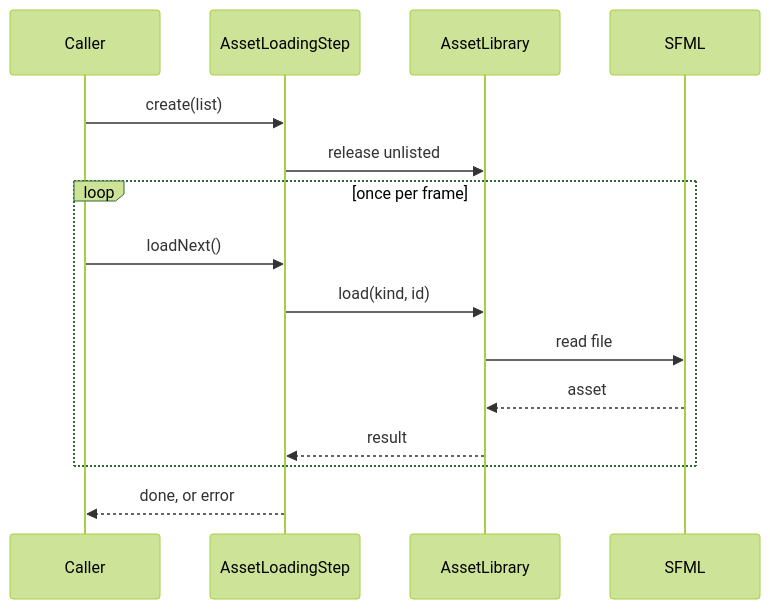
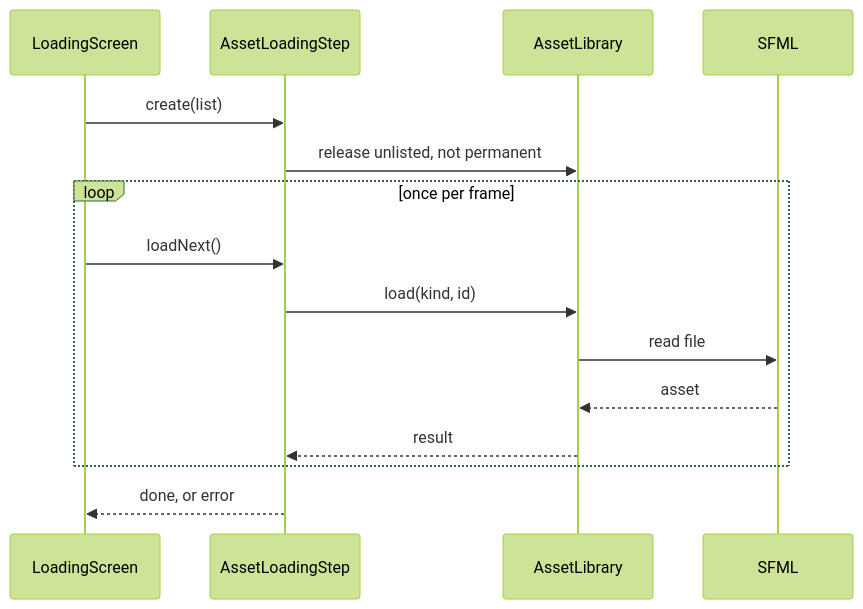
One commit to nique-epi/R-Type changed the first of 2 diagrams in docs/src/content/docs/client.md. Above: the diagram before and after it, drawn with Mermaid (forest theme). The commit also changed other lines of this file and 3 other files, not shown here.

````diff
--- a/docs/src/content/docs/client.md
+++ b/docs/src/content/docs/client.md
@@ -56,19 +56,19 @@
 ```mermaid
 sequenceDiagram
-  accTitle: Loading an asset list
-  accDescr: The caller creates a loading step with an asset list. The step asks the asset library to release what the list does not name, except the permanent assets. Then, once per frame, the caller asks the step for the next asset it has not loaded yet; the step asks the library to load it, the library reads the file with SFML, and returns how it went. After the last asset the step is finished, or throws one error naming every problem.
-  participant Caller
+  accTitle: Loading the assets of a game
+  accDescr: The loading screen creates a loading step with the asset list of the game. The step asks the asset library to release what the list does not name, except the permanent assets. Then, once per frame, the loading screen asks the step for the next asset of the list that was not loaded when the step was created; the step asks the library to load it, the library reads the file with SFML, and returns how it went. After the last asset the step is finished, or throws one error naming every problem.
+  participant Screen as LoadingScreen
   participant Step as AssetLoadingStep
   participant Library as AssetLibrary
   participant Sfml as SFML
-  Caller->>Step: create(list)
-  Step->>Library: release unlisted
+  Screen->>Step: create(list)
+  Step->>Library: release unlisted, not permanent
   loop once per frame
-    Caller->>Step: loadNext()
+    Screen->>Step: loadNext()
     Step->>Library: load(kind, id)
     Library->>Sfml: read file
     Sfml-->>Library: asset
     Library-->>Step: result
   end
-  Step-->>Caller: done, or error
+  Step-->>Screen: done, or error
 ```
````
